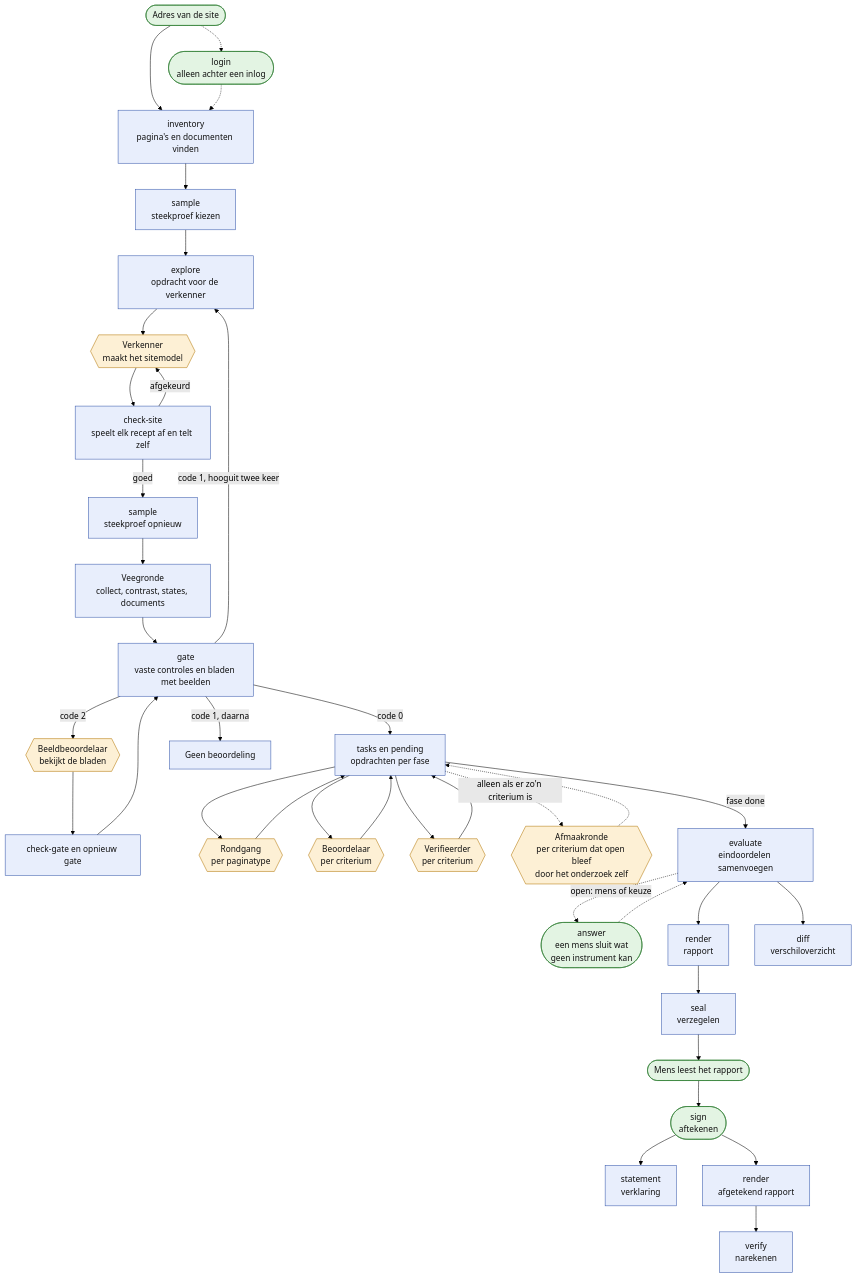
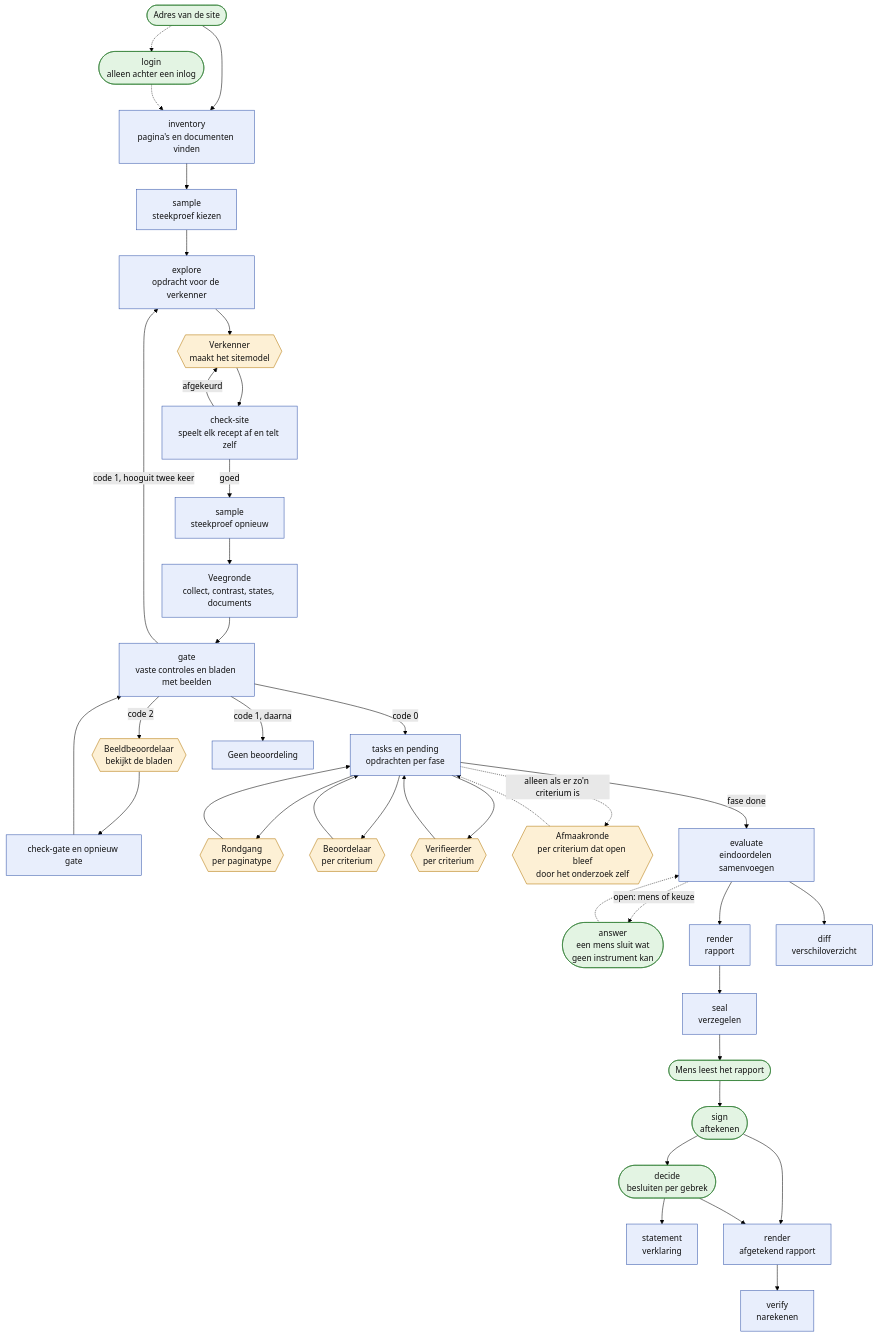
The first of 3 diagrams in docs/architectuur.md (NederlandseDigitaleDienst/loep), drawn with Mermaid (forest theme) before and after one commit. The commit also changed other lines of this file and 23 other files, not shown here.

First line of the commit message:
feat(decide): maatregelen en besluiten per gebrek, in rapport en verklaring

````diff
--- a/docs/architectuur.md
+++ b/docs/architectuur.md
@@ -30,54 +30,56 @@
 ```mermaid
 flowchart TD
   adres(["Adres van de site"]):::mens
   inlog(["login<br/>alleen achter een inlog"]):::mens
   inventaris["inventory<br/>pagina's en documenten vinden"]:::script
   steekproef["sample<br/>steekproef kiezen"]:::script
   opdracht["explore<br/>opdracht voor de verkenner"]:::script
   verkenner{{"Verkenner<br/>maakt het sitemodel"}}:::agent
   controle["check-site<br/>speelt elk recept af en telt zelf"]:::script
   opnieuw["sample<br/>steekproef opnieuw"]:::script
   veegronde["Veegronde<br/>collect, contrast, states, documents"]:::script
   poort["gate<br/>vaste controles en bladen met beelden"]:::script
   beelden{{"Beeldbeoordelaar<br/>bekijkt de bladen"}}:::agent
   poortcontrole["check-gate en opnieuw gate"]:::script
   taken["tasks en pending<br/>opdrachten per fase"]:::script
   rondgang{{"Rondgang<br/>per paginatype"}}:::agent
   beoordelaar{{"Beoordelaar<br/>per criterium"}}:::agent
   verifieerder{{"Verifieerder<br/>per criterium"}}:::agent
   afmaker{{"Afmaakronde<br/>per criterium dat open bleef<br/>door het onderzoek zelf"}}:::agent
   antwoord(["answer<br/>een mens sluit wat<br/>geen instrument kan"]):::mens
   evaluatie["evaluate<br/>eindoordelen samenvoegen"]:::script
   rapport["render<br/>rapport"]:::script
   verschil["diff<br/>verschiloverzicht"]:::script
   verklaring["statement<br/>verklaring"]:::script
   zegel["seal<br/>verzegelen"]:::script
   lezen(["Mens leest het rapport"]):::mens
   tekenen(["sign<br/>aftekenen"]):::mens
+  besluiten(["decide<br/>besluiten per gebrek"]):::mens
   afgetekend["render<br/>afgetekend rapport"]:::script
   narekenen["verify<br/>narekenen"]:::script
   gestopt["Geen beoordeling"]:::script
 
   adres --> inventaris
   adres -.-> inlog -.-> inventaris
   inventaris --> steekproef --> opdracht --> verkenner --> controle
   controle -->|"afgekeurd"| verkenner
   controle -->|"goed"| opnieuw --> veegronde --> poort
   poort -->|"code 2"| beelden --> poortcontrole --> poort
   poort -->|"code 1, hooguit twee keer"| opdracht
   poort -->|"code 1, daarna"| gestopt
   poort -->|"code 0"| taken
   taken --> rondgang --> taken
   taken --> beoordelaar --> taken
   taken --> verifieerder --> taken
   taken -.->|"alleen als er zo'n criterium is"| afmaker -.-> taken
   taken -->|"fase done"| evaluatie
   evaluatie -.->|"open: mens of keuze"| antwoord -.-> evaluatie
   evaluatie --> rapport --> zegel --> lezen --> tekenen --> afgetekend --> narekenen
   evaluatie --> verschil
-  tekenen --> verklaring
+  tekenen --> besluiten --> afgetekend
+  besluiten --> verklaring
 
   classDef script fill:#e8eefc,stroke:#3355aa,color:#111111
   classDef agent fill:#fdf0d5,stroke:#b37400,color:#111111
   classDef mens fill:#e3f4e3,stroke:#2e7d32,color:#111111
 ```
````
